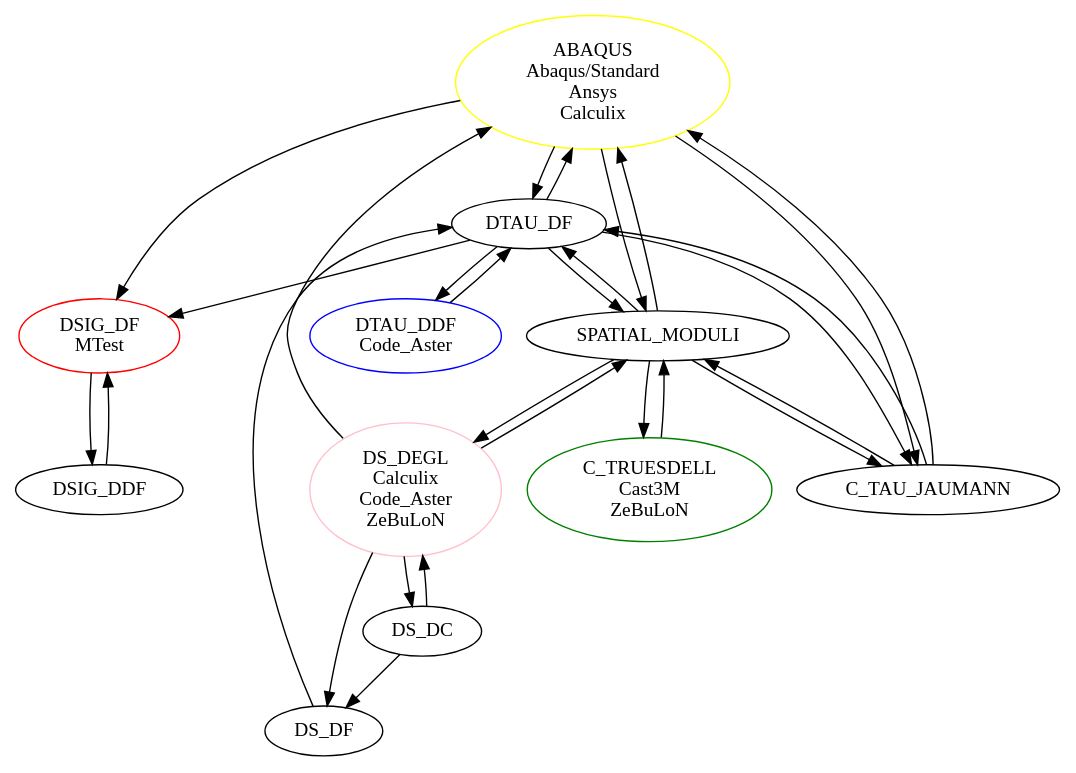
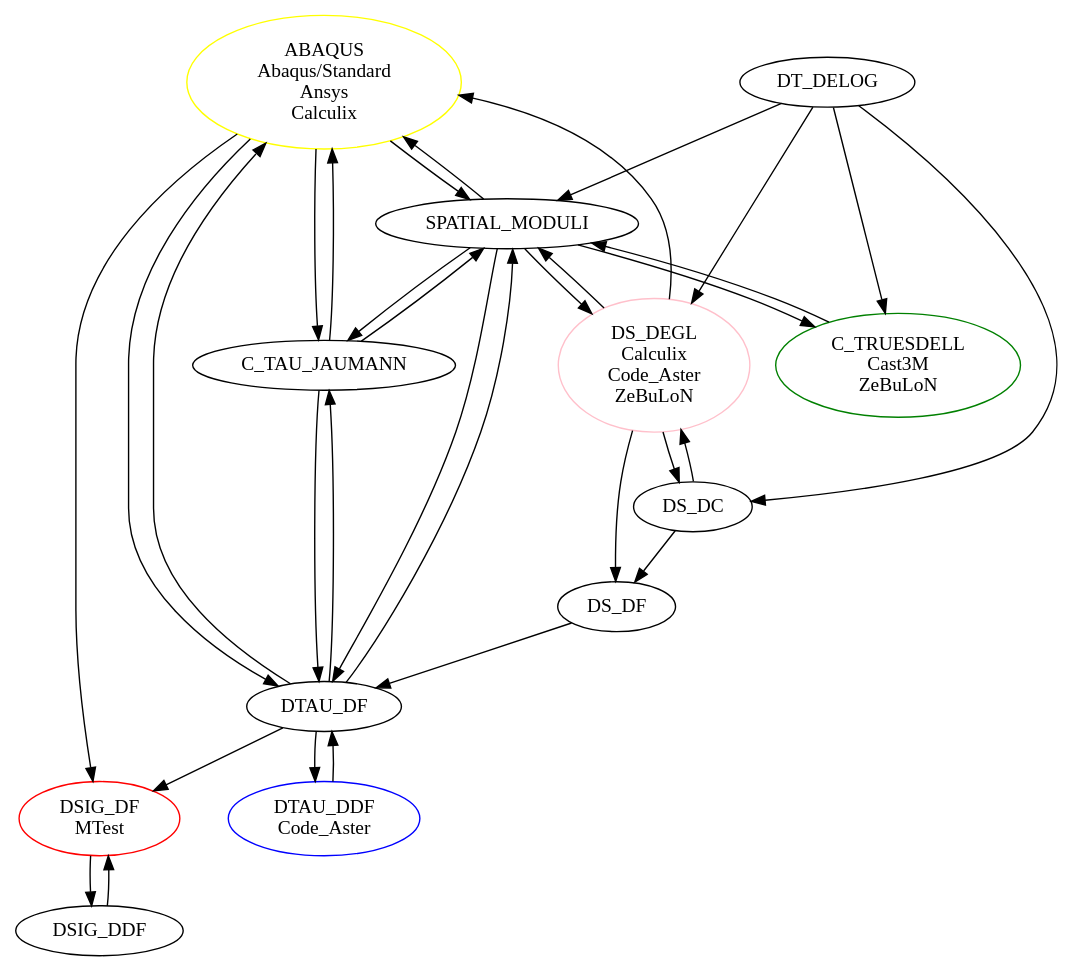
One commit to thelfer/tfel changed the diagram in docs/web/img/FiniteStrainTangentOperatorConvertion.dot. Above: the diagram before and after it, drawn with Graphviz. The commit also changed 52 other files, not shown here.

```diff
--- a/docs/web/img/FiniteStrainTangentOperatorConvertion.dot
+++ b/docs/web/img/FiniteStrainTangentOperatorConvertion.dot
@@ -1,36 +1,40 @@
 digraph tangent_operator_converter {
   graph [size="800"]
   DSIG_DF     [label="DSIG_DF\nMTest",color=red];
   C_TRUESDELL [label="C_TRUESDELL\nCast3M\nZeBuLoN",color=green];
   DTAU_DDF    [label="DTAU_DDF\nCode_Aster",color=blue];
   ABAQUS      [label="ABAQUS\nAbaqus/Standard\nAnsys\nCalculix",color=yellow];
   DS_DEGL     [label="DS_DEGL\nCalculix\nCode_Aster\nZeBuLoN",color=pink];
+  DT_DELOG -> DS_DEGL;
+  DT_DELOG -> DS_DC;	
+  DT_DELOG -> SPATIAL_MODULI;
+  DT_DELOG -> C_TRUESDELL;
   DS_DF -> DTAU_DF;
   DTAU_DF -> C_TAU_JAUMANN;
   DTAU_DF -> SPATIAL_MODULI;
   DTAU_DF -> ABAQUS;
   DTAU_DF -> DSIG_DF;
   DTAU_DF -> DTAU_DDF;
   DTAU_DDF -> DTAU_DF;
   SPATIAL_MODULI -> C_TRUESDELL;
   SPATIAL_MODULI -> ABAQUS;
   SPATIAL_MODULI -> DS_DEGL;
   SPATIAL_MODULI -> DTAU_DF;
   SPATIAL_MODULI -> C_TAU_JAUMANN;
   DSIG_DF -> DSIG_DDF;
   DSIG_DDF -> DSIG_DF;
   DS_DEGL -> DS_DC;
   DS_DEGL -> SPATIAL_MODULI;
   DS_DEGL -> ABAQUS;
   DS_DEGL -> DS_DF;
   DS_DC -> DS_DF;
   DS_DC -> DS_DEGL;
   C_TRUESDELL -> SPATIAL_MODULI;
   ABAQUS -> SPATIAL_MODULI;
   ABAQUS -> C_TAU_JAUMANN;
   ABAQUS -> DSIG_DF;
   ABAQUS -> DTAU_DF;
   C_TAU_JAUMANN -> ABAQUS;
   C_TAU_JAUMANN -> DTAU_DF;
   C_TAU_JAUMANN -> SPATIAL_MODULI;
 }
```
